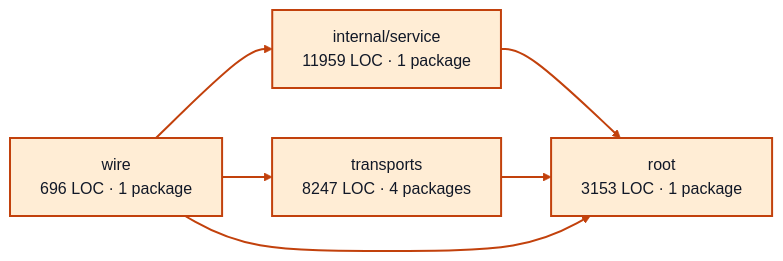
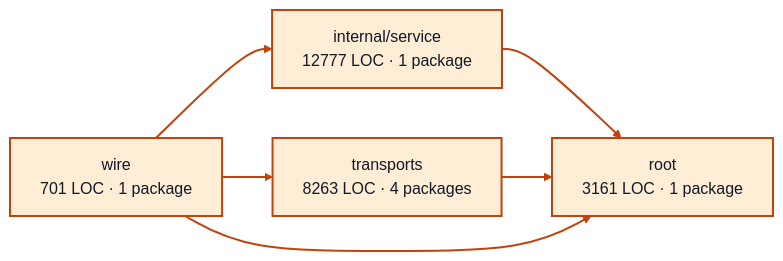
One commit to portpowered/you-agent-factory changed the diagram in docs/architecture/visualizations/services/worker_sessions.md. Above: the diagram before and after it, drawn with Mermaid. The commit also changed other lines of this file and 20 other files, not shown here.

Commit message:
docs: refresh backend architecture visualizations

````diff
--- a/docs/architecture/visualizations/services/worker_sessions.md
+++ b/docs/architecture/visualizations/services/worker_sessions.md
@@ -11,17 +11,17 @@
 ```mermaid
 flowchart LR
-  p0["internal/service<br/>11959 LOC · 1 package"]
-  p1["root<br/>3153 LOC · 1 package"]
-  p2["transports<br/>8247 LOC · 4 packages"]
-  p3["wire<br/>696 LOC · 1 package"]
+  p0["internal/service<br/>12777 LOC · 1 package"]
+  p1["root<br/>3161 LOC · 1 package"]
+  p2["transports<br/>8263 LOC · 4 packages"]
+  p3["wire<br/>701 LOC · 1 package"]
   p0 --> p1
   p2 --> p1
   p3 --> p0
   p3 --> p1
   p3 --> p2
   style p0 fill:#ffedd5,stroke:#c2410c,stroke-width:2px,color:#111827
   style p1 fill:#ffedd5,stroke:#c2410c,stroke-width:2px,color:#111827
   style p2 fill:#ffedd5,stroke:#c2410c,stroke-width:2px,color:#111827
   style p3 fill:#ffedd5,stroke:#c2410c,stroke-width:2px,color:#111827
   linkStyle default stroke:#c2410c,stroke-width:2px
 ```
````
